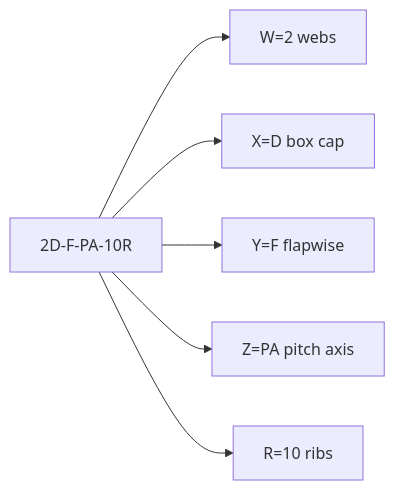
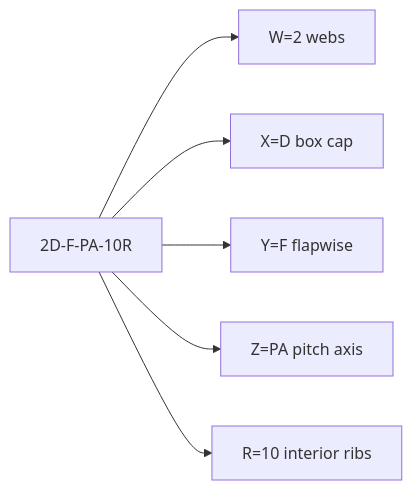
One commit to samhughes-fea/implicit-geometry-kernel changed the diagram in docs/blade/concepts/taxonomy.md. Above: the diagram before and after it, drawn with Mermaid. The commit also changed 31 other files, not shown here.

First line of the commit message:
K6: tip closure on every blade; nR counts interior ribs

````diff
--- a/docs/blade/concepts/taxonomy.md
+++ b/docs/blade/concepts/taxonomy.md
@@ -17,8 +17,8 @@
 ```mermaid
 flowchart LR
   Concept["2D-F-PA-10R"] --> W["W=2 webs"]
   Concept --> X["X=D box cap"]
   Concept --> Y["Y=F flapwise"]
   Concept --> Z["Z=PA pitch axis"]
-  Concept --> R["R=10 ribs"]
+  Concept --> R["R=10 interior ribs"]
 ```
````
